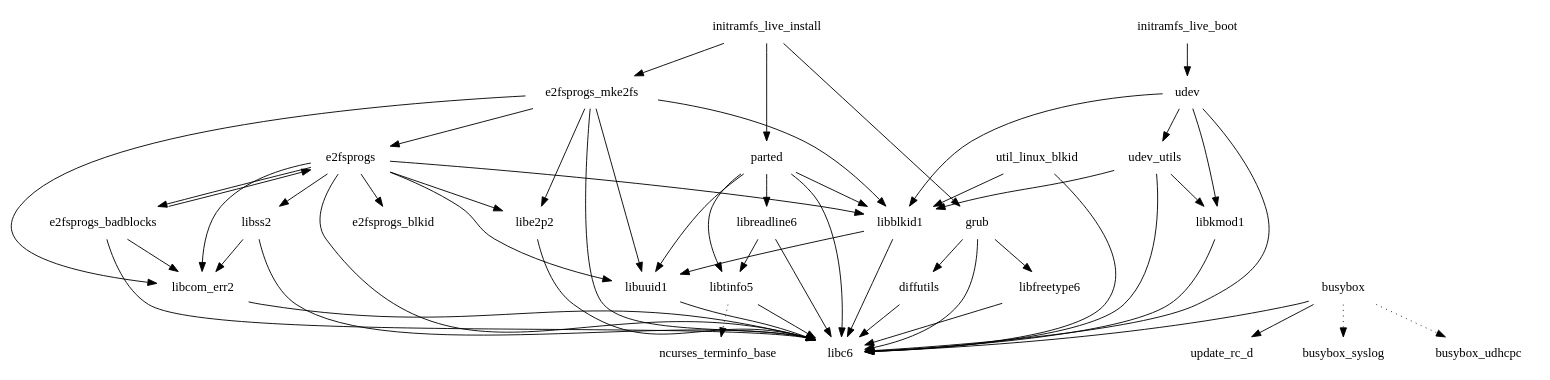
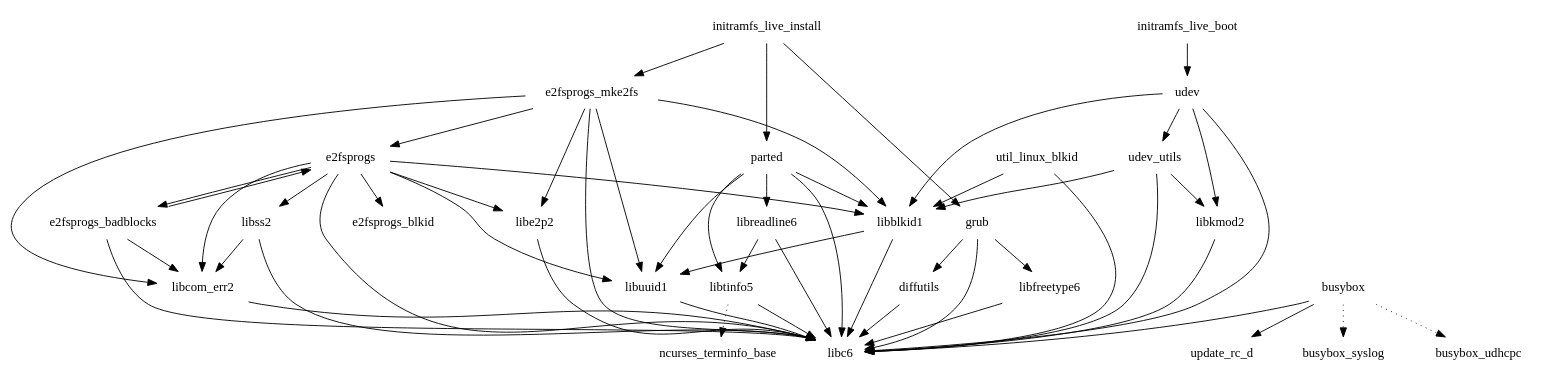
The diagram in images/fri2_noemgd/eglibc/core-image-minimal-initramfs/depends.dot (Angstrom-distribution/buildhistory), drawn with Graphviz before and after one commit. The commit also changed 341 other files, not shown here.

```diff
--- a/images/fri2_noemgd/eglibc/core-image-minimal-initramfs/depends.dot
+++ b/images/fri2_noemgd/eglibc/core-image-minimal-initramfs/depends.dot
@@ -1,59 +1,59 @@
 digraph depends {
     node [shape=plaintext]
 busybox -> update_rc_d;
 busybox -> libc6;
 busybox -> busybox_syslog [style=dotted];
 busybox -> busybox_udhcpc [style=dotted];
 diffutils -> libc6;
 e2fsprogs -> libss2;
 e2fsprogs -> libcom_err2;
 e2fsprogs -> libe2p2;
 e2fsprogs -> e2fsprogs_blkid;
 e2fsprogs -> e2fsprogs_badblocks;
 e2fsprogs -> libc6;
 e2fsprogs -> libblkid1;
 e2fsprogs -> libuuid1;
 e2fsprogs_badblocks -> libc6;
 e2fsprogs_badblocks -> e2fsprogs;
 e2fsprogs_badblocks -> libcom_err2;
 e2fsprogs_mke2fs -> libcom_err2;
 e2fsprogs_mke2fs -> libe2p2;
 e2fsprogs_mke2fs -> e2fsprogs;
 e2fsprogs_mke2fs -> libc6;
 e2fsprogs_mke2fs -> libblkid1;
 e2fsprogs_mke2fs -> libuuid1;
 grub -> diffutils;
 grub -> libc6;
 grub -> libfreetype6;
 initramfs_live_boot -> udev;
 initramfs_live_install -> parted;
 initramfs_live_install -> e2fsprogs_mke2fs;
 initramfs_live_install -> grub;
 libblkid1 -> libuuid1;
 libblkid1 -> libc6;
 libcom_err2 -> libc6;
 libe2p2 -> libc6;
 libfreetype6 -> libc6;
-libkmod1 -> libc6;
+libkmod2 -> libc6;
 libreadline6 -> libtinfo5;
 libreadline6 -> libc6;
 libss2 -> libc6;
 libss2 -> libcom_err2;
 libtinfo5 -> libc6;
 libtinfo5 -> ncurses_terminfo_base [style=dotted];
 libuuid1 -> libc6;
 parted -> libreadline6;
 parted -> libtinfo5;
 parted -> libblkid1;
 parted -> libuuid1;
 parted -> libc6;
-udev -> libkmod1;
+udev -> libkmod2;
 udev -> libblkid1;
 udev -> udev_utils;
 udev -> libc6;
-udev_utils -> libkmod1;
+udev_utils -> libkmod2;
 udev_utils -> libblkid1;
 udev_utils -> libc6;
 util_linux_blkid -> libblkid1;
 util_linux_blkid -> libc6;
 }
```
